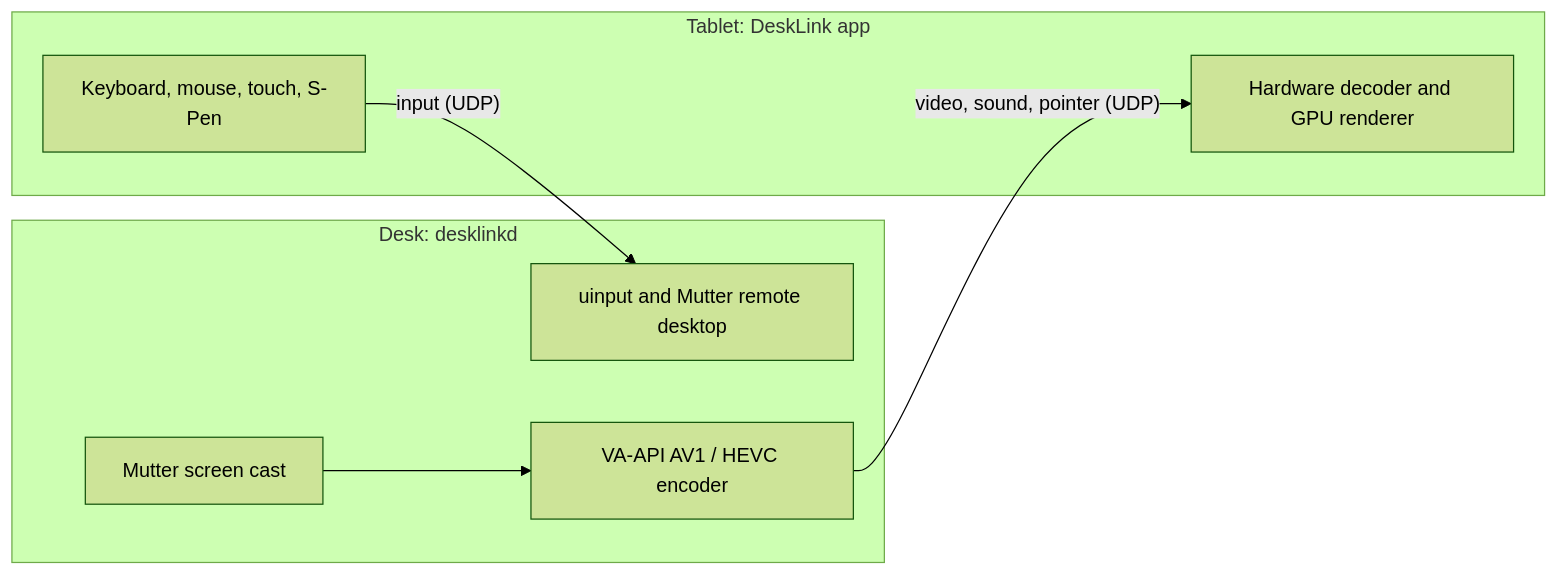
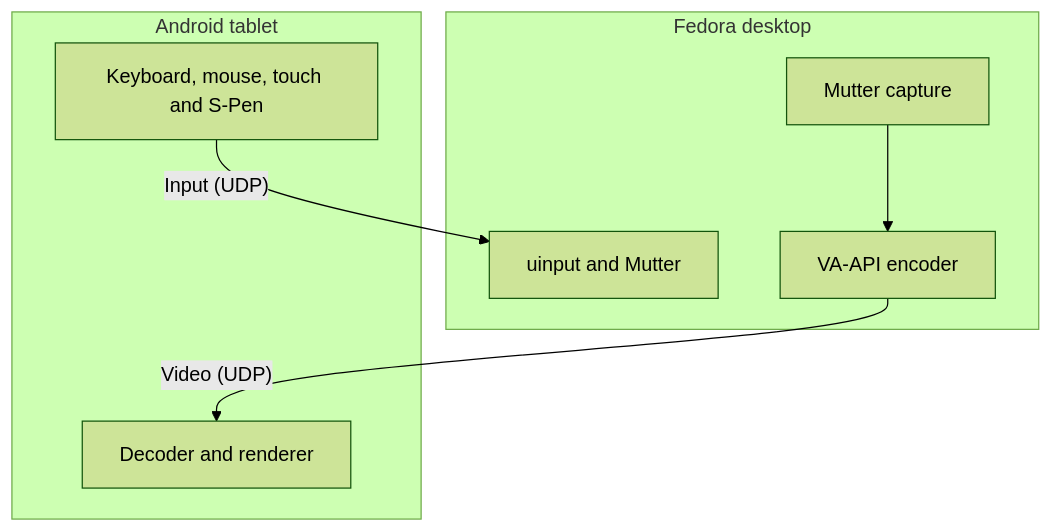
Before and after one commit to jsnjack/desklink: the diagram in README.md, drawn with Mermaid (forest theme). The commit also changed other lines of this file and 5 other files, not shown here.

Commit message:
p Update the README for the DeskLink redesign

````diff
--- a/README.md
+++ b/README.md
@@ -148,13 +190,13 @@
 ```mermaid
-flowchart LR
-    subgraph desk["Desk: desklinkd"]
-        cast["Mutter screen cast"] --> enc["VA-API AV1 / HEVC encoder"]
-        inject["uinput and Mutter remote desktop"]
+flowchart TD
+    subgraph desk["Fedora desktop"]
+        cast["Mutter capture"] --> enc["VA-API encoder"]
+        inject["uinput and Mutter"]
     end
-    subgraph tablet["Tablet: DeskLink app"]
-        dec["Hardware decoder and GPU renderer"]
-        input["Keyboard, mouse, touch, S-Pen"]
+    subgraph tablet["Android tablet"]
+        dec["Decoder and renderer"]
+        input["Keyboard, mouse, touch and S-Pen"]
     end
-    enc -- "video, sound, pointer (UDP)" --> dec
-    input -- "input (UDP)" --> inject
+    enc -- "Video (UDP)" --> dec
+    input -- "Input (UDP)" --> inject
 ```
````
